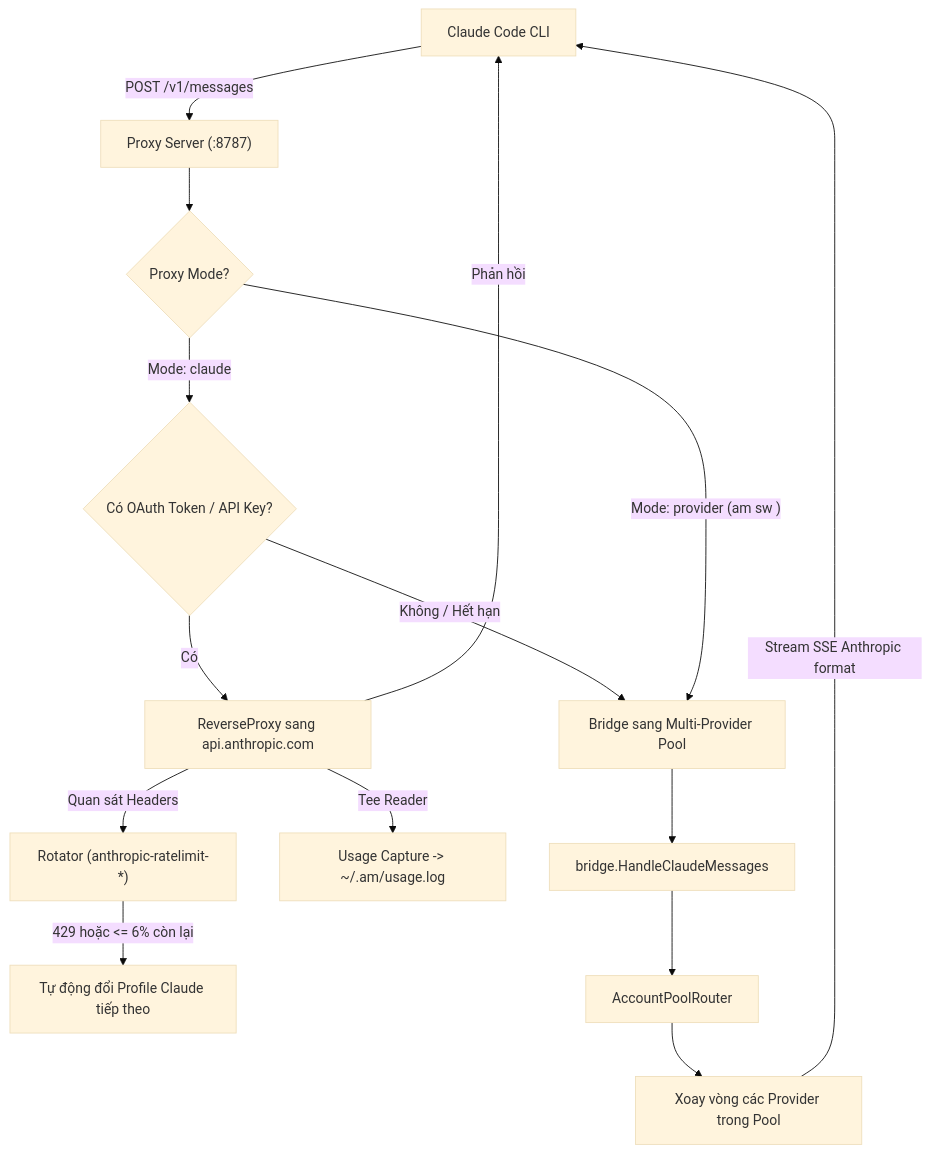
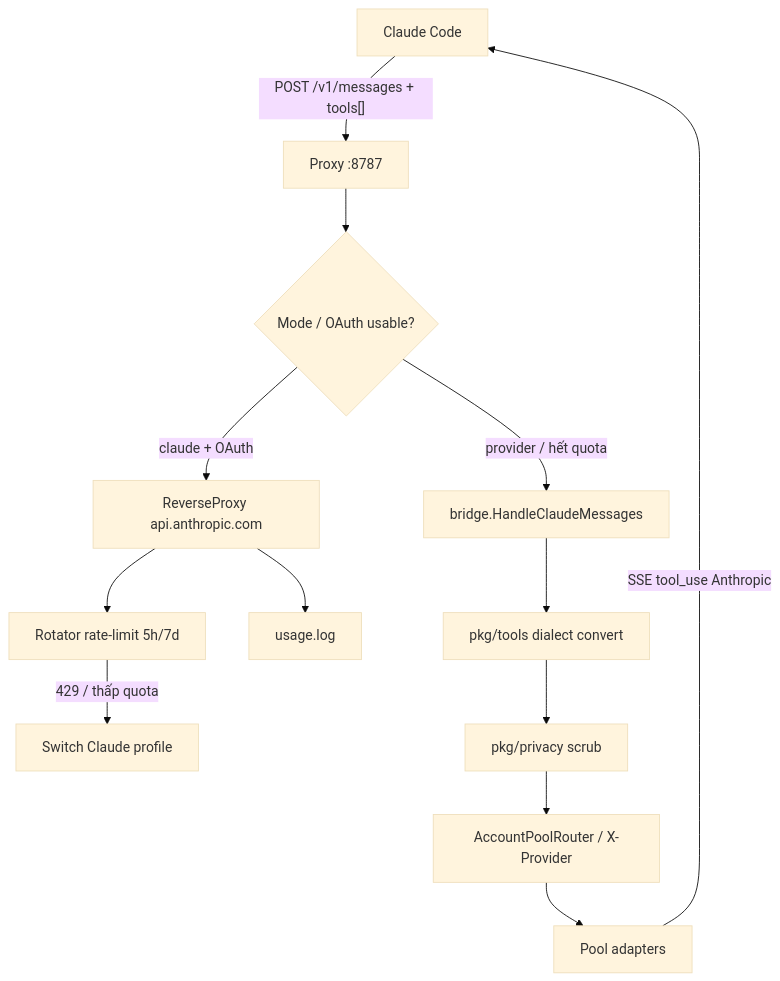
The second of 2 diagrams in STRUCT.md (ninhlee99/ai-cli-accounts), drawn with Mermaid (base theme) before and after one commit. The commit also changed other lines of this file and 2 other files, not shown here.

First line of the commit message:
docs: sync README and STRUCT with pool off/on

````diff
--- a/STRUCT.md
+++ b/STRUCT.md
@@ -151,19 +173,17 @@
 ```mermaid
 flowchart TD
-    Claude["Claude Code CLI"] -->|"POST /v1/messages"| Proxy["Proxy Server (:8787)"]
-    Proxy --> ModeCheck{"Proxy Mode?"}
-    
-    ModeCheck -->|"Mode: claude"| TokenCheck{"Có OAuth Token / API Key?"}
-    TokenCheck -->|"Có"| Upstream["ReverseProxy sang api.anthropic.com"]
-    Upstream -->|"Quan sát Headers"| Rotator["Rotator (anthropic-ratelimit-*)"]
-    Rotator -->|"429 hoặc <= 6% còn lại"| AutoSwitch["Tự động đổi Profile Claude tiếp theo"]
-    Upstream -->|"Tee Reader"| Usage["Usage Capture -> ~/.am/usage.log"]
-    Upstream -->|"Phản hồi"| Claude
+    Claude["Claude Code"] -->|"POST /v1/messages + tools[]"| Proxy["Proxy :8787"]
+    Proxy --> ModeCheck{"Mode / OAuth usable?"}
 
-    TokenCheck -->|"Không / Hết hạn"| Fallback["Bridge sang Multi-Provider Pool"]
-    ModeCheck -->|"Mode: provider (am sw <name>)"| Fallback
-    Fallback --> BridgeClaude["bridge.HandleClaudeMessages"]
-    BridgeClaude --> Router["AccountPoolRouter"]
-    Router --> Providers["Xoay vòng các Provider trong Pool"]
-    Providers -->|"Stream SSE Anthropic format"| Claude
+    ModeCheck -->|"claude + OAuth"| Upstream["ReverseProxy api.anthropic.com"]
+    Upstream --> Rotator["Rotator rate-limit 5h/7d"]
+    Rotator -->|"429 / thấp quota"| AutoSwitch["Switch Claude profile"]
+    Upstream --> Usage["usage.log"]
+
+    ModeCheck -->|"provider / hết quota"| Bridge["bridge.HandleClaudeMessages"]
+    Bridge --> Tools["pkg/tools dialect convert"]
+    Tools --> Privacy["pkg/privacy scrub"]
+    Privacy --> Router["AccountPoolRouter / X-Provider"]
+    Router --> Providers["Pool adapters"]
+    Providers -->|"SSE tool_use Anthropic"| Claude
 ```
````
